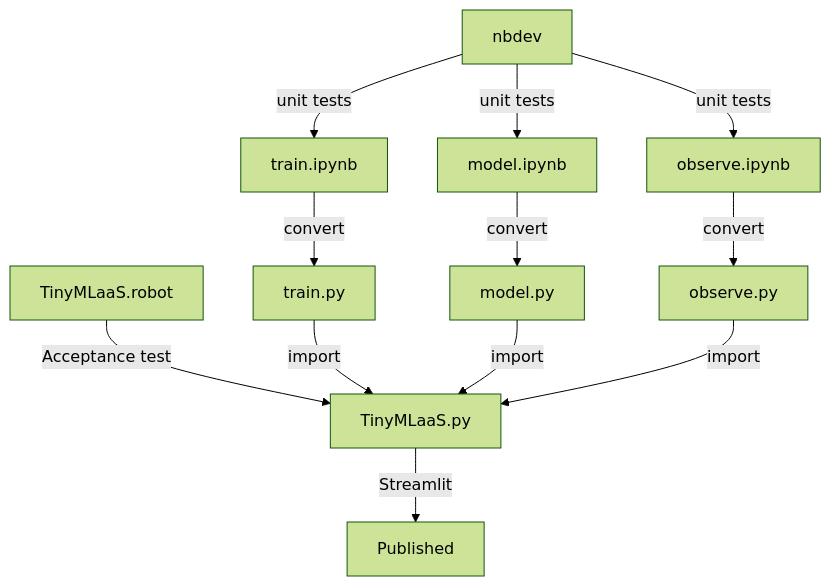
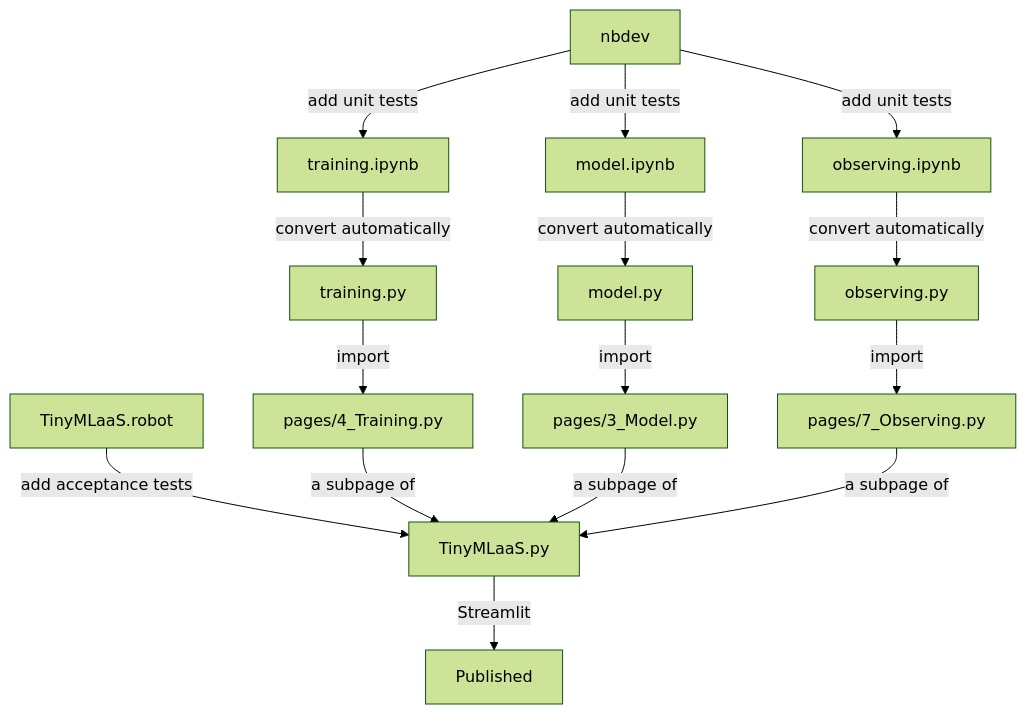
One commit to Origami-Cloudless-AI/TinyMLaaS-2023-winter changed the diagram in README.md. Above: the diagram before and after it, drawn with Mermaid (forest theme). The commit also changed other lines of this file, not shown here.

````diff
--- a/README.md
+++ b/README.md
@@ -22,14 +25,10 @@
 ```mermaid
   graph TD;
-      n[nbdev] --unit tests--> a;
-      n[nbdev] --unit tests--> b;
-      n[nbdev] --unit tests--> c;
-      a[train.ipynb]--convert-->ap[train.py];
-      b[model.ipynb]--convert-->bp[model.py];
-      c[observe.ipynb]--convert-->cp[observe.py];
-      Tr[TinyMLaaS.robot]--Acceptance test-->Tp[TinyMLaaS.py];
-      ap --import--> Tp;
-      bp --import--> Tp;
-      cp --import--> Tp;
+      n[nbdev] --add unit tests--> a & b & c;
+      a[training.ipynb]--convert automatically-->ap[training.py]--import-->as[pages/4_Training.py];
+      b[model.ipynb]--convert automatically-->bp[model.py]--import-->bs[pages/3_Model.py];
+      c[observing.ipynb]--convert automatically-->cp[observing.py]--import-->cs[pages/7_Observing.py];
+      Tr[TinyMLaaS.robot]--add acceptance tests-->Tp[TinyMLaaS.py];
+      as & bs & cs --a subpage of--> Tp;
       Tp --Streamlit--> Published
 ```
````
